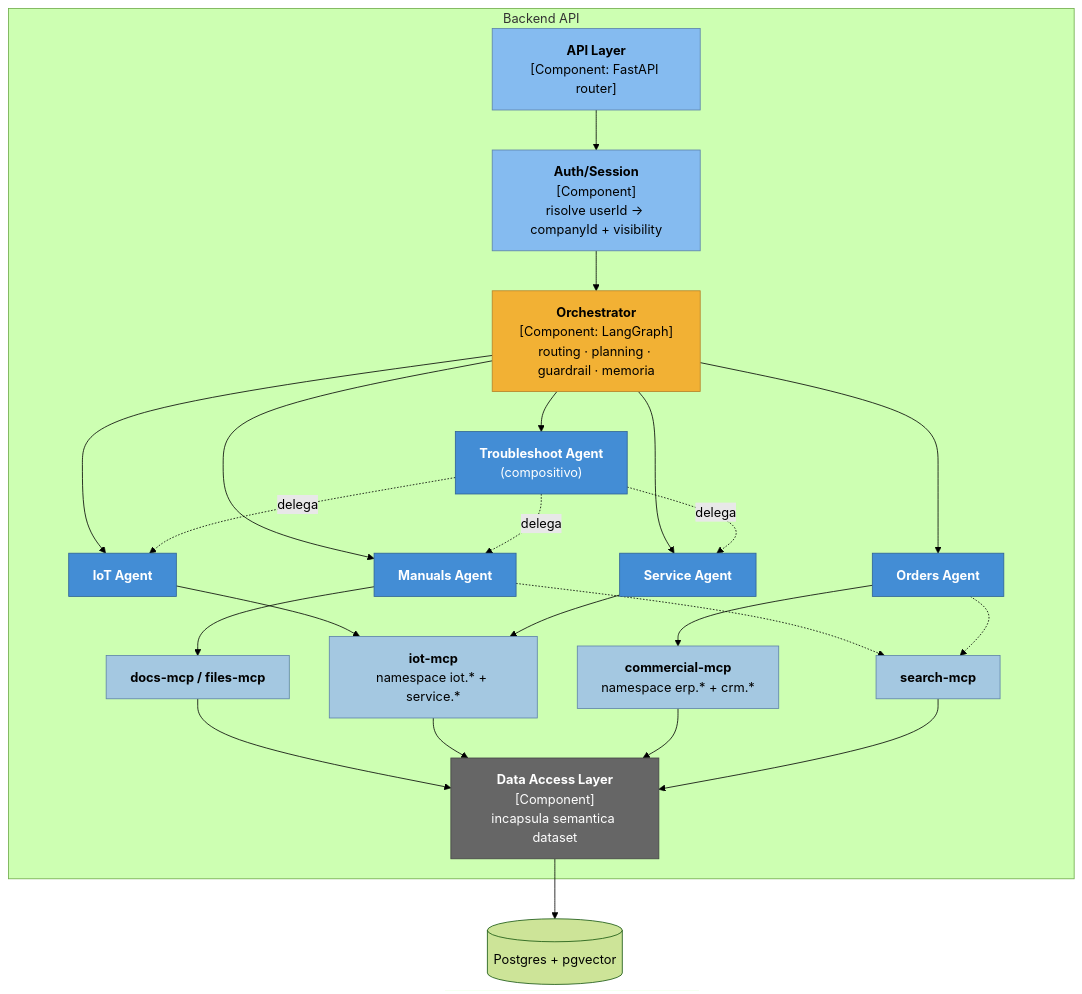
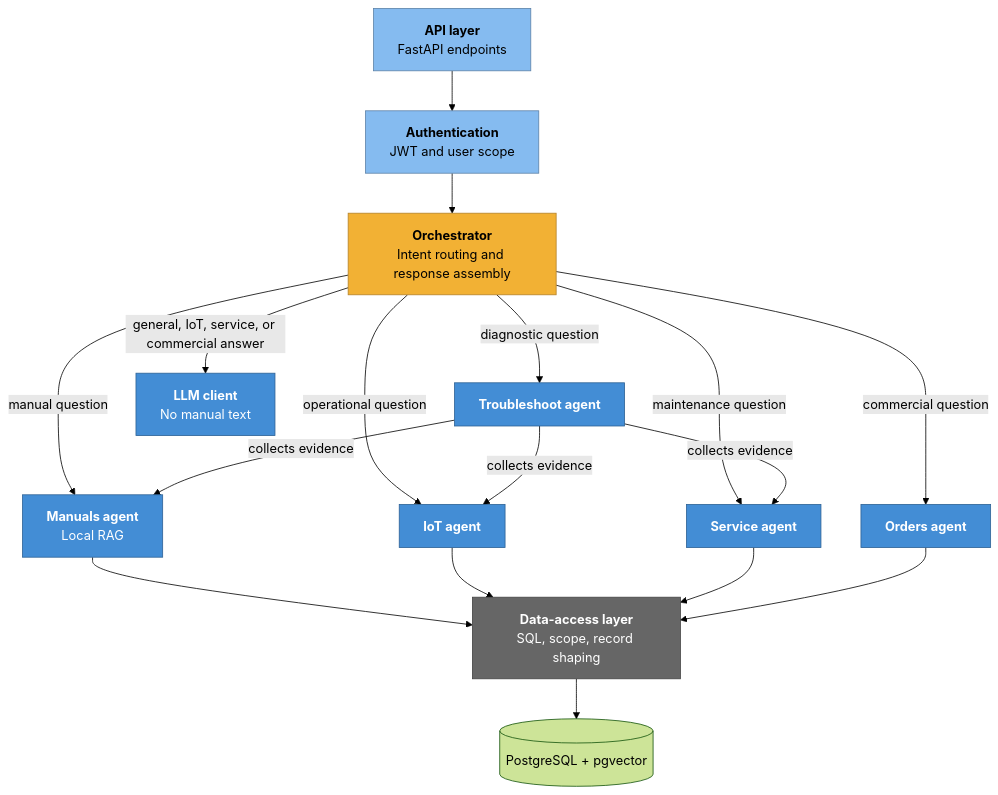
The diagram in docs/architecture/03-components.md (alicebucco/arol-project-q2), drawn with Mermaid (forest theme) before and after one commit. The commit also changed other lines of this file and 38 other files, not shown here.

````diff
--- a/docs/architecture/03-components.md
+++ b/docs/architecture/03-components.md
@@ -46,48 +41,35 @@
 ```mermaid
 flowchart TB
     classDef api fill:#85bbf0,stroke:#5d82a8,color:#000000
     classDef orch fill:#f2b134,stroke:#b5822a,color:#000000
     classDef agent fill:#438dd5,stroke:#2e6295,color:#ffffff
-    classDef mcp fill:#a4c8e1,stroke:#5d82a8,color:#000000
     classDef data fill:#666666,stroke:#444444,color:#ffffff
 
-    subgraph Backend["Backend API"]
-        API["<b>API Layer</b><br/>[Component: FastAPI router]"]:::api
-        Auth["<b>Auth/Session</b><br/>[Component]<br/>risolve userId → companyId + visibility"]:::api
-        Orch["<b>Orchestrator</b><br/>[Component: LangGraph]<br/>routing · planning · guardrail · memoria"]:::orch
-
-        Manuals["<b>Manuals Agent</b>"]:::agent
-        IoT["<b>IoT Agent</b>"]:::agent
-        Orders["<b>Orders Agent</b>"]:::agent
-        Service["<b>Service Agent</b>"]:::agent
-        Trouble["<b>Troubleshoot Agent</b><br/>(compositivo)"]:::agent
-
-        DocsMCP["<b>docs-mcp / files-mcp</b>"]:::mcp
-        IoTMCP["<b>iot-mcp</b><br/>namespace iot.* + service.*"]:::mcp
-        CommMCP["<b>commercial-mcp</b><br/>namespace erp.* + crm.*"]:::mcp
-        SearchMCP["<b>search-mcp</b>"]:::mcp
-
-        DAL["<b>Data Access Layer</b><br/>[Component]<br/>incapsula semantica dataset"]:::data
-    end
-
-    DB[("Postgres + pgvector")]
+    API["<b>API layer</b><br/>FastAPI endpoints"]:::api
+    Auth["<b>Authentication</b><br/>JWT and user scope"]:::api
+    Orch["<b>Orchestrator</b><br/>Intent routing and response assembly"]:::orch
+    Manuals["<b>Manuals agent</b><br/>Local RAG"]:::agent
+    IoT["<b>IoT agent</b>"]:::agent
+    Service["<b>Service agent</b>"]:::agent
+    Orders["<b>Orders agent</b>"]:::agent
+    Trouble["<b>Troubleshoot agent</b>"]:::agent
+    DAL["<b>Data-access layer</b><br/>SQL, scope, record shaping"]:::data
+    LLM["<b>LLM client</b><br/>No manual text"]:::agent
+    DB[("PostgreSQL + pgvector")]
 
     API --> Auth --> Orch
-    Orch --> Manuals & IoT & Orders & Service & Trouble
-    Trouble -.delega.-> IoT
-    Trouble -.delega.-> Service
-    Trouble -.delega.-> Manuals
-
-    Manuals --> DocsMCP
-    IoT --> IoTMCP
-    Service --> IoTMCP
-    Orders --> CommMCP
-    Manuals -.-> SearchMCP
-    Orders -.-> SearchMCP
-
-    DocsMCP --> DAL
-    IoTMCP --> DAL
-    CommMCP --> DAL
-    SearchMCP --> DAL
+    Orch -->|"manual question"| Manuals
+    Orch -->|"operational question"| IoT
+    Orch -->|"maintenance question"| Service
+    Orch -->|"commercial question"| Orders
+    Orch -->|"diagnostic question"| Trouble
+    Orch -->|"general, IoT, service, or commercial answer"| LLM
+    Trouble -->|"collects evidence"| Manuals
+    Trouble -->|"collects evidence"| IoT
+    Trouble -->|"collects evidence"| Service
+    Manuals --> DAL
+    IoT --> DAL
+    Service --> DAL
+    Orders --> DAL
     DAL --> DB
 ```
````
